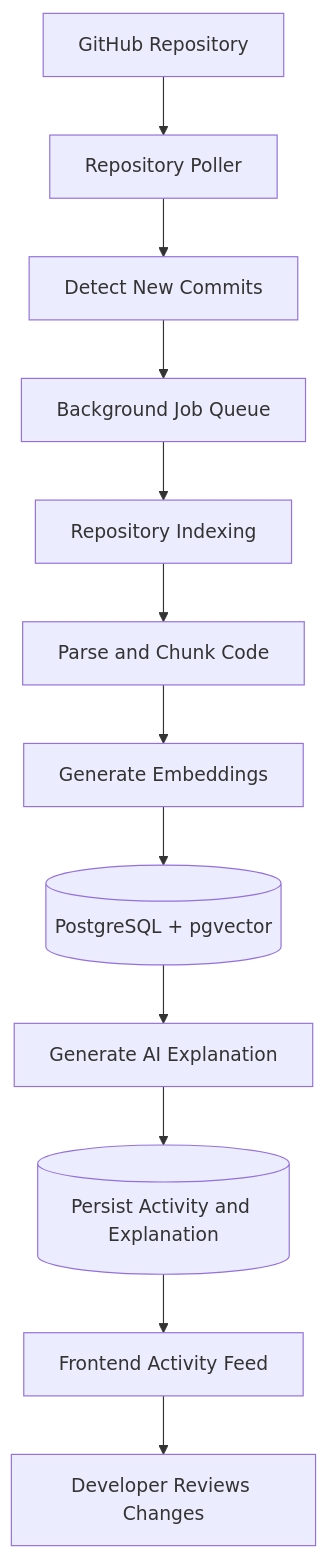
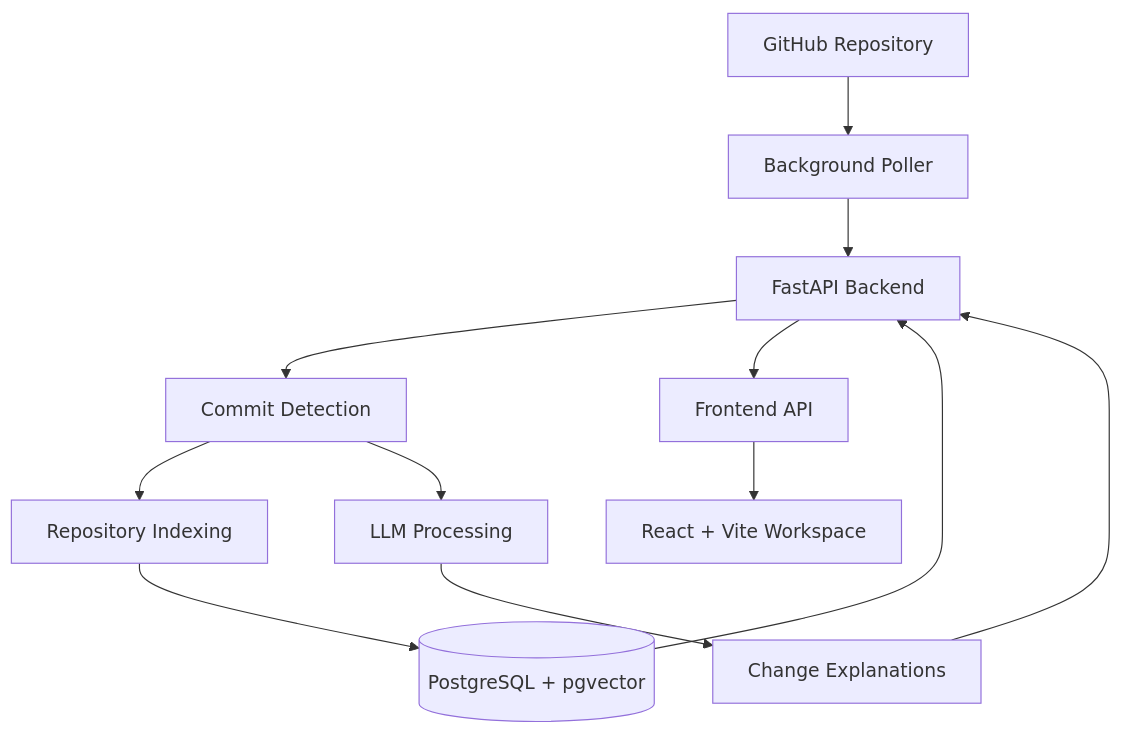
Before and after one commit to Midhat-hub/catchup: the diagram in README.md, drawn with Mermaid. The commit also changed other lines of this file, not shown here.

````diff
--- a/README.md
+++ b/README.md
@@ -89,14 +39,14 @@
 ```mermaid
 flowchart TD
-    A[GitHub Repository] --> B[Repository Poller]
-    B --> C[Detect New Commits]
-    C --> D[Background Job Queue]
+    A[GitHub Repository] --> B[Background Poller]
+    B --> C[FastAPI Backend]
+    C --> D[Commit Detection]
     D --> E[Repository Indexing]
-    E --> F[Parse and Chunk Code]
-    F --> G[Generate Embeddings]
-    G --> H[(PostgreSQL + pgvector)]
-    H --> I[Generate AI Explanation]
-    I --> J[(Persist Activity and Explanation)]
-    J --> K[Frontend Activity Feed]
-    K --> L[Developer Reviews Changes]
+    E --> F[(PostgreSQL + pgvector)]
+    D --> G[LLM Processing]
+    G --> H[Change Explanations]
+    C --> I[Frontend API]
+    I --> J[React + Vite Workspace]
+    F --> C
+    H --> C
 ```
````
